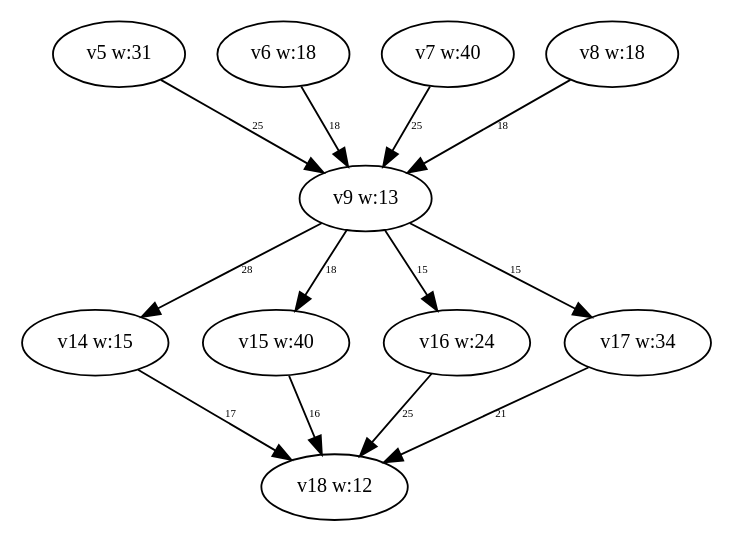
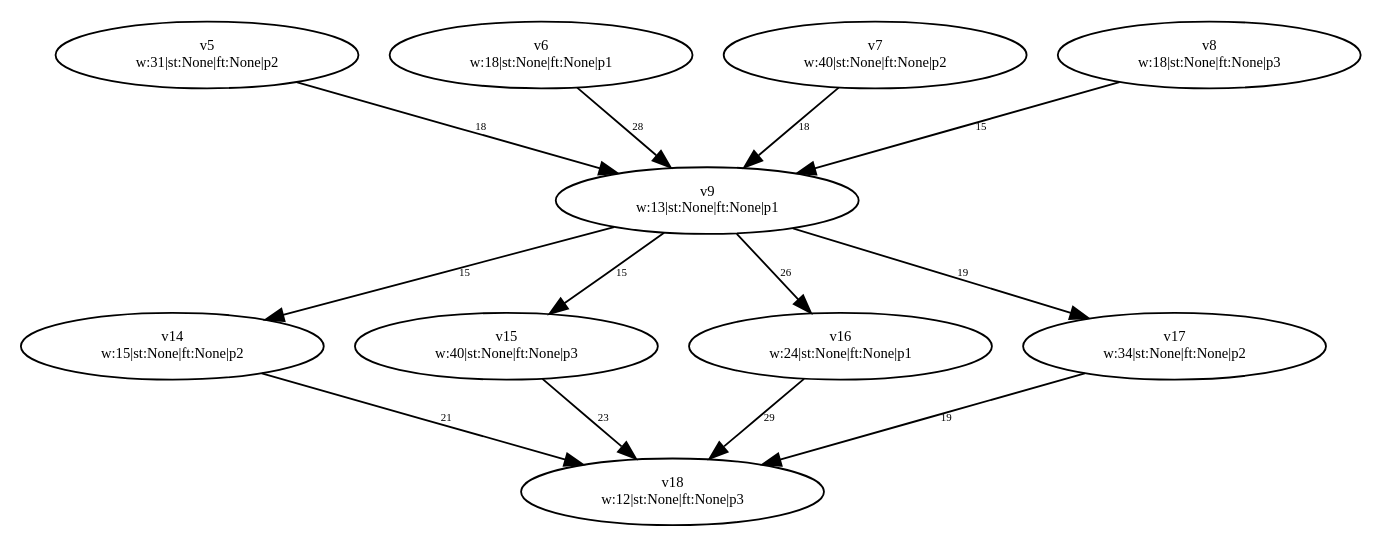
Before and after one commit to dexters1/Task-Scheduling-Based-on-Genetic-Algorithms: the diagram in PythonApplication1/PythonApplication1/test-output/slika_8_Simplified.gv, drawn with Graphviz. The commit also changed 51 other files, not shown here.

```diff
--- a/PythonApplication1/PythonApplication1/test-output/slika_8_Simplified.gv
+++ b/PythonApplication1/PythonApplication1/test-output/slika_8_Simplified.gv
@@ -1,24 +1,34 @@
 digraph {
-	v5 [label="v5 w:31" fontsize=11.0]
-	v6 [label="v6 w:18" fontsize=11.0]
-	v7 [label="v7 w:40" fontsize=11.0]
-	v8 [label="v8 w:18" fontsize=11.0]
-	v9 [label="v9 w:13" fontsize=11.0]
-	v14 [label="v14 w:15" fontsize=11.0]
-	v15 [label="v15 w:40" fontsize=11.0]
-	v16 [label="v16 w:24" fontsize=11.0]
-	v17 [label="v17 w:34" fontsize=11.0]
-	v18 [label="v18 w:12" fontsize=11.0]
-	v5 -> v9 [label=25 constraint=true fontsize=6.0]
-	v6 -> v9 [label=18 constraint=true fontsize=6.0]
-	v7 -> v9 [label=25 constraint=true fontsize=6.0]
-	v8 -> v9 [label=18 constraint=true fontsize=6.0]
-	v14 -> v18 [label=17 constraint=true fontsize=6.0]
-	v15 -> v18 [label=16 constraint=true fontsize=6.0]
-	v16 -> v18 [label=25 constraint=true fontsize=6.0]
-	v17 -> v18 [label=21 constraint=true fontsize=6.0]
-	v9 -> v14 [label=28 constraint=true fontsize=6.0]
-	v9 -> v15 [label=18 constraint=true fontsize=6.0]
-	v9 -> v16 [label=15 constraint=true fontsize=6.0]
-	v9 -> v17 [label=15 constraint=true fontsize=6.0]
+	v5 [label="v5
+w:31|st:None|ft:None|p2" fontsize=8.0]
+	v6 [label="v6
+w:18|st:None|ft:None|p1" fontsize=8.0]
+	v7 [label="v7
+w:40|st:None|ft:None|p2" fontsize=8.0]
+	v8 [label="v8
+w:18|st:None|ft:None|p3" fontsize=8.0]
+	v9 [label="v9
+w:13|st:None|ft:None|p1" fontsize=8.0]
+	v14 [label="v14
+w:15|st:None|ft:None|p2" fontsize=8.0]
+	v15 [label="v15
+w:40|st:None|ft:None|p3" fontsize=8.0]
+	v16 [label="v16
+w:24|st:None|ft:None|p1" fontsize=8.0]
+	v17 [label="v17
+w:34|st:None|ft:None|p2" fontsize=8.0]
+	v18 [label="v18
+w:12|st:None|ft:None|p3" fontsize=8.0]
+	v5 -> v9 [label=18 constraint=true fontsize=6.0]
+	v6 -> v9 [label=28 constraint=true fontsize=6.0]
+	v7 -> v9 [label=18 constraint=true fontsize=6.0]
+	v8 -> v9 [label=15 constraint=true fontsize=6.0]
+	v14 -> v18 [label=21 constraint=true fontsize=6.0]
+	v15 -> v18 [label=23 constraint=true fontsize=6.0]
+	v16 -> v18 [label=29 constraint=true fontsize=6.0]
+	v17 -> v18 [label=19 constraint=true fontsize=6.0]
+	v9 -> v14 [label=15 constraint=true fontsize=6.0]
+	v9 -> v15 [label=15 constraint=true fontsize=6.0]
+	v9 -> v16 [label=26 constraint=true fontsize=6.0]
+	v9 -> v17 [label=19 constraint=true fontsize=6.0]
 }
```
